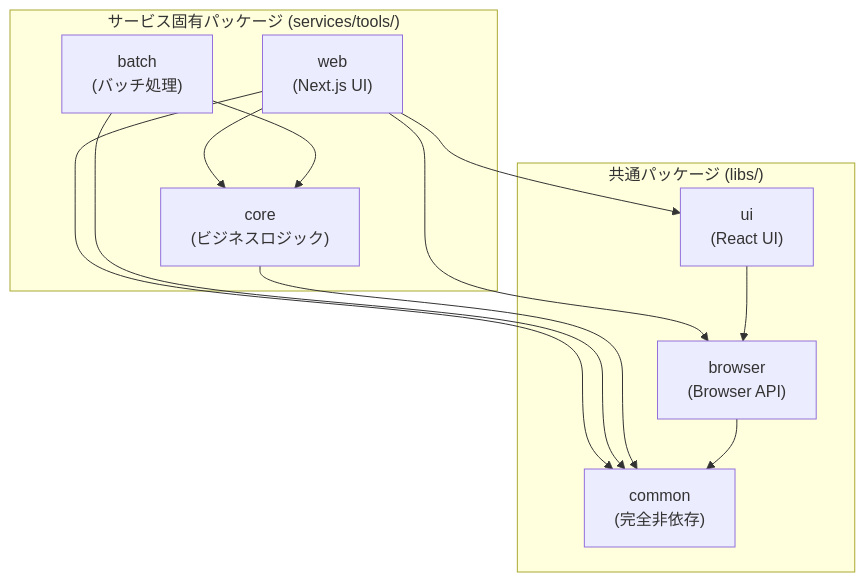
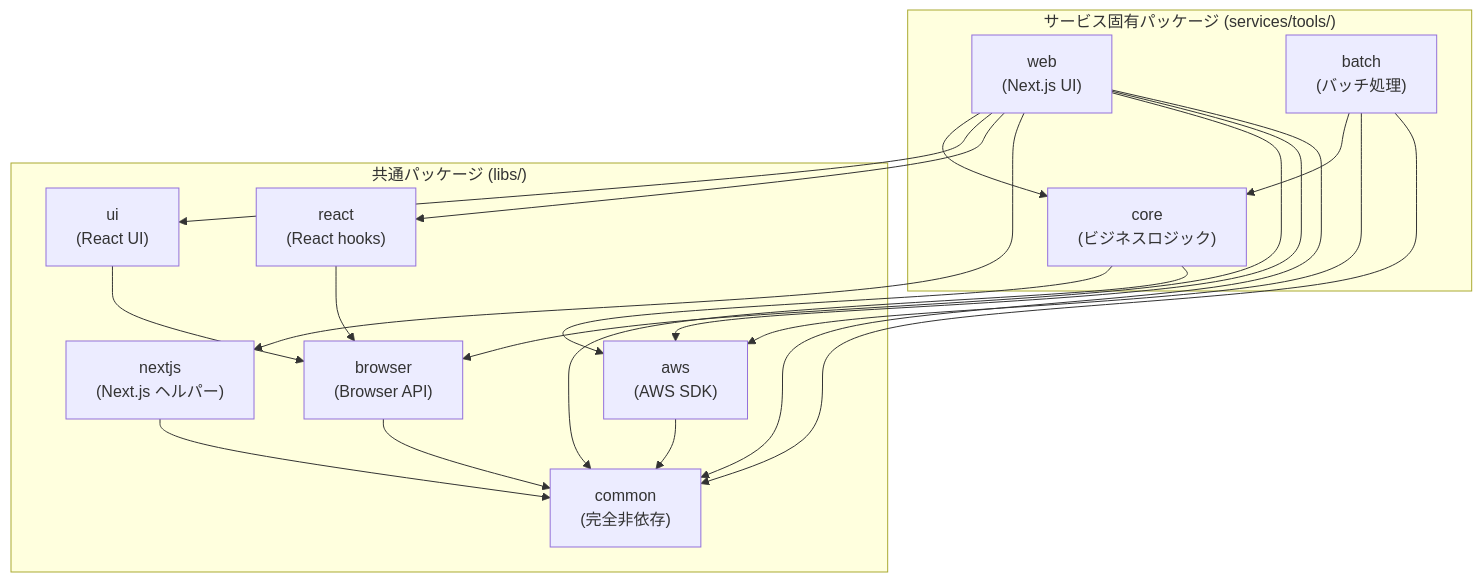
The diagram in docs/development/shared-libraries.md (nagiyu/nagiyu-platform), drawn with Mermaid before and after one commit. The commit also changed other lines of this file and 8 other files, not shown here.

````diff
--- a/docs/development/shared-libraries.md
+++ b/docs/development/shared-libraries.md
@@ -90,27 +92,38 @@
 ```mermaid
 flowchart TB
     subgraph services["サービス固有パッケージ (services/tools/)"]
         web["web<br/>(Next.js UI)"]
         core["core<br/>(ビジネスロジック)"]
         batch["batch<br/>(バッチ処理)"]
     end
 
     subgraph libs["共通パッケージ (libs/)"]
         ui["ui<br/>(React UI)"]
+        react["react<br/>(React hooks)"]
+        nextjs["nextjs<br/>(Next.js ヘルパー)"]
         browser["browser<br/>(Browser API)"]
+        aws["aws<br/>(AWS SDK)"]
         common["common<br/>(完全非依存)"]
     end
 
     web --> core
     web --> ui
+    web --> react
+    web --> nextjs
     web --> browser
+    web --> aws
     web --> common
 
     batch --> core
+    batch --> aws
     batch --> common
 
+    core --> aws
     core --> common
 
     ui --> browser
+    react --> browser
     browser --> common
+    nextjs --> common
+    aws --> common
 ```
````
